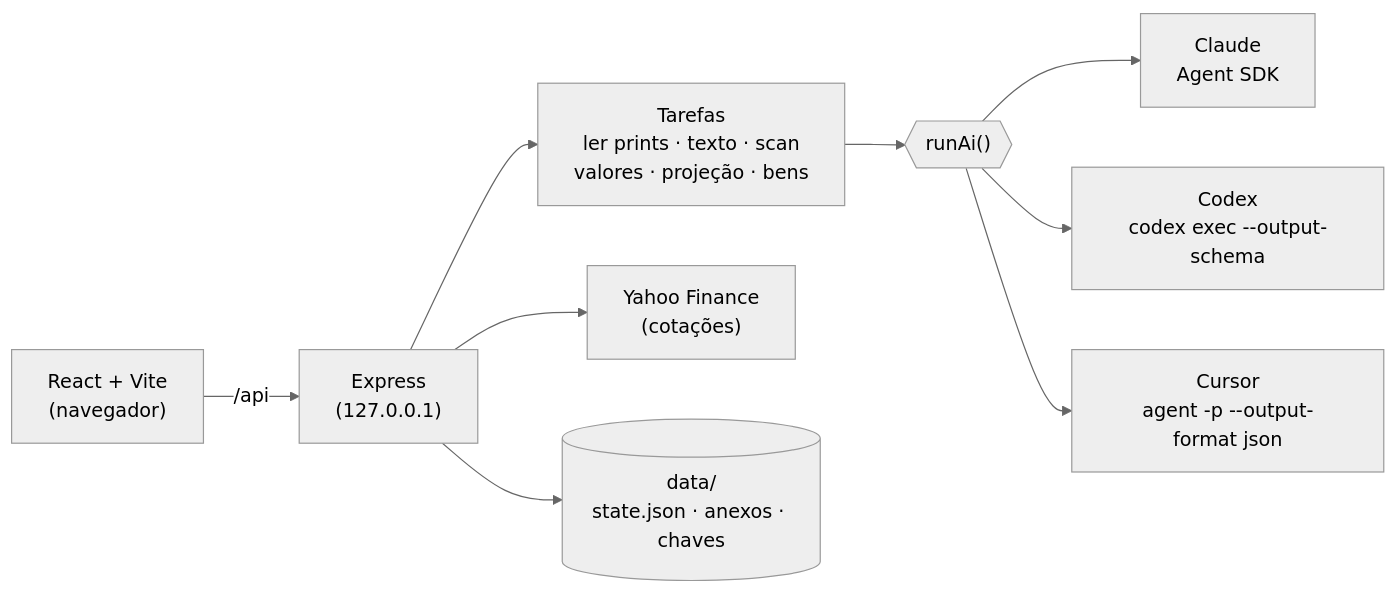
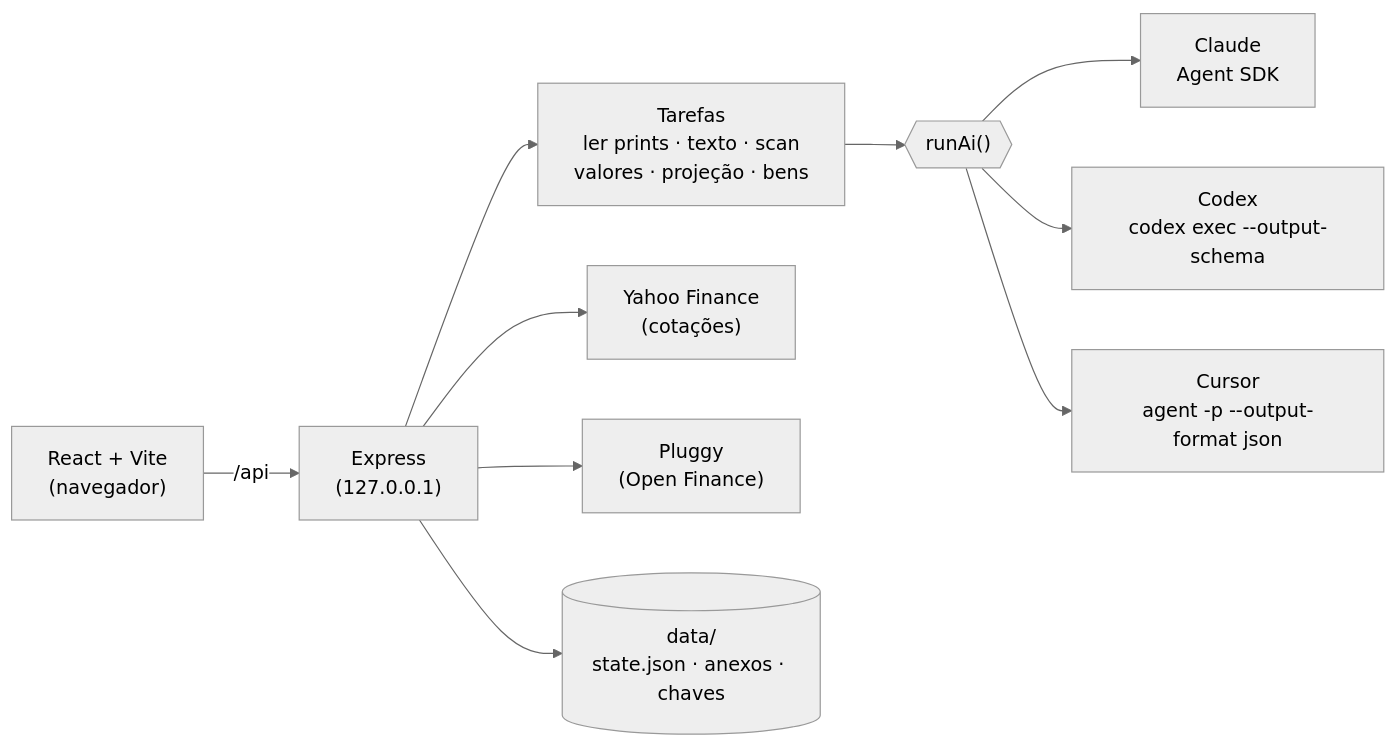
The diagram in README.md (isacsneto/arca-assistant), drawn with Mermaid (neutral theme) before and after one commit. The commit also changed other lines of this file and 29 other files, not shown here.

First line of the commit message:
Importar por vídeo de tela e Open Finance (Meu Pluggy)

````diff
--- a/README.md
+++ b/README.md
@@ -91,11 +102,12 @@
 ```mermaid
 flowchart LR
   UI["React + Vite<br/>(navegador)"] -- "/api" --> API["Express<br/>(127.0.0.1)"]
   API --> Tasks["Tarefas<br/>ler prints · texto · scan<br/>valores · projeção · bens"]
   Tasks --> runAi{{"runAi()"}}
   runAi --> C["Claude<br/>Agent SDK"]
   runAi --> X["Codex<br/>codex exec --output-schema"]
   runAi --> K["Cursor<br/>agent -p --output-format json"]
   API --> Q["Yahoo Finance<br/>(cotações)"]
+  API --> P["Pluggy<br/>(Open Finance)"]
   API --> D[("data/<br/>state.json · anexos · chaves")]
 ```
````
